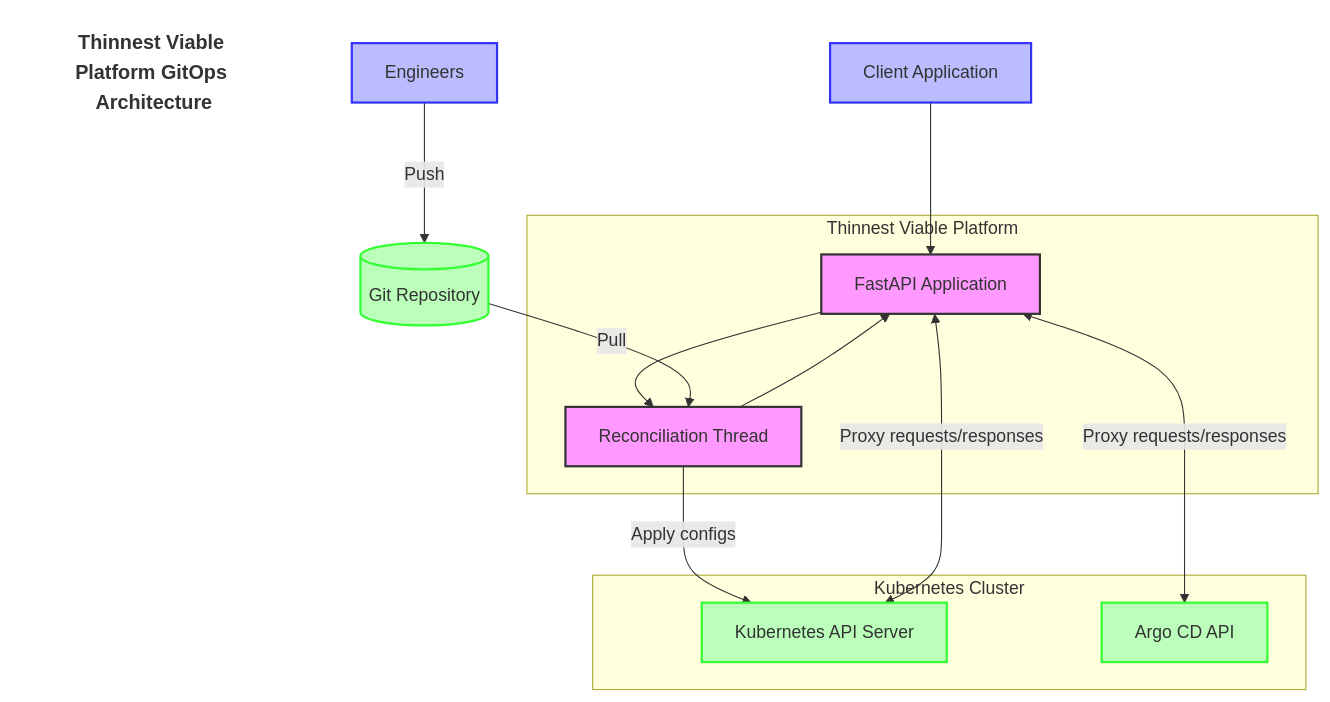
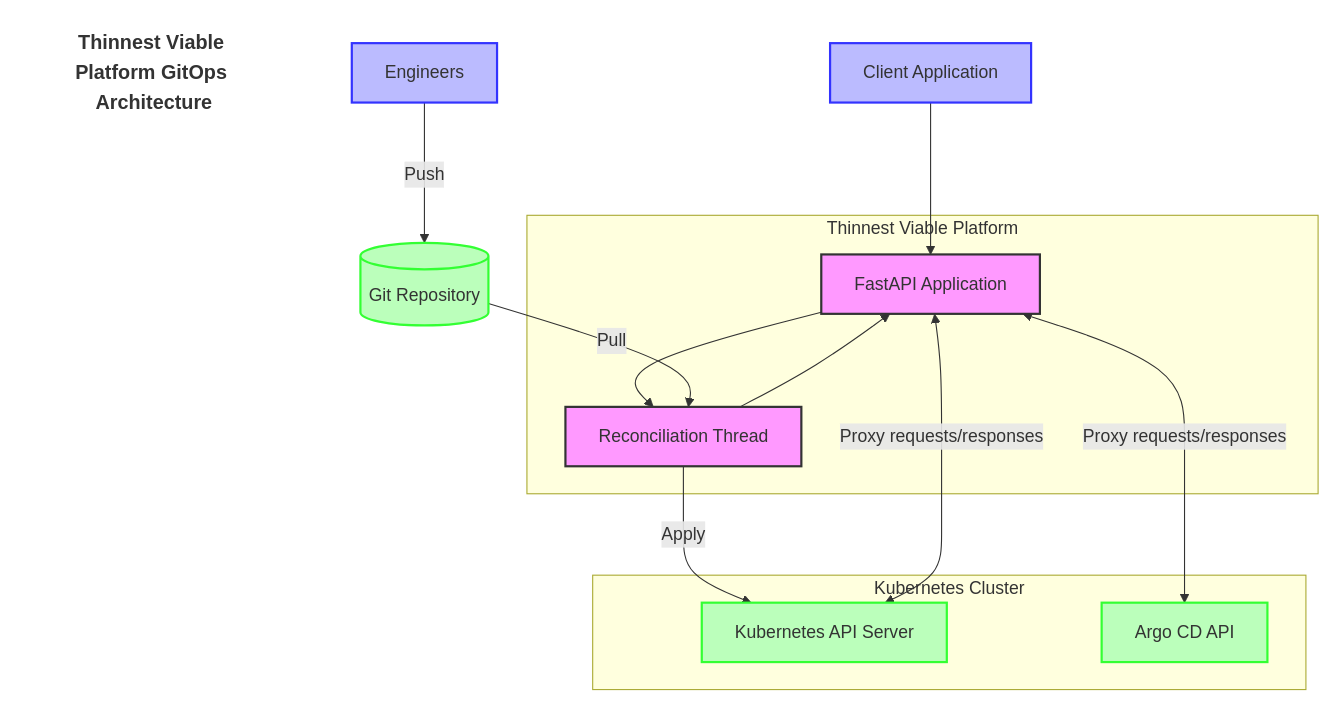
One commit to lloydchang/tvp-k8s changed the first of 11 diagrams in README.md. Above: the diagram before and after it, drawn with Mermaid.

````diff
--- a/README.md
+++ b/README.md
@@ -316,33 +316,33 @@
 ```mermaid
 flowchart TB
     title[Thinnest Viable Platform GitOps Architecture]
     style title fill:none,stroke:none,font-size:18px,font-weight:bold
     subgraph "Thinnest Viable Platform"
         API[FastAPI Application]
         RT[Reconciliation Thread]
         
         API --> RT
         RT --> API
     end
     
     Eng[Engineers] -->|Push| GitRepo[(Git Repository)]
     GitRepo -->|Pull| RT
-    RT -->|Apply configs| KubernetesAPI
+    RT -->|Apply| KubernetesAPI
     
     subgraph "Kubernetes Cluster"
         KubernetesAPI[Kubernetes API Server]
         ArgoCD[Argo CD API]
     end
     
     Client[Client Application] --> API
     API <-->|Proxy requests/responses| KubernetesAPI
     API <-->|Proxy requests/responses| ArgoCD
     
     classDef platform fill:#f9f,stroke:#333,stroke-width:2px
     classDef external fill:#bfb,stroke:#3f3,stroke-width:2px
     classDef user fill:#bbf,stroke:#33f,stroke-width:2px
     
     class API,RT platform
     class KubernetesAPI,ArgoCD,GitRepo external
     class Eng,Client user
 ```
````
